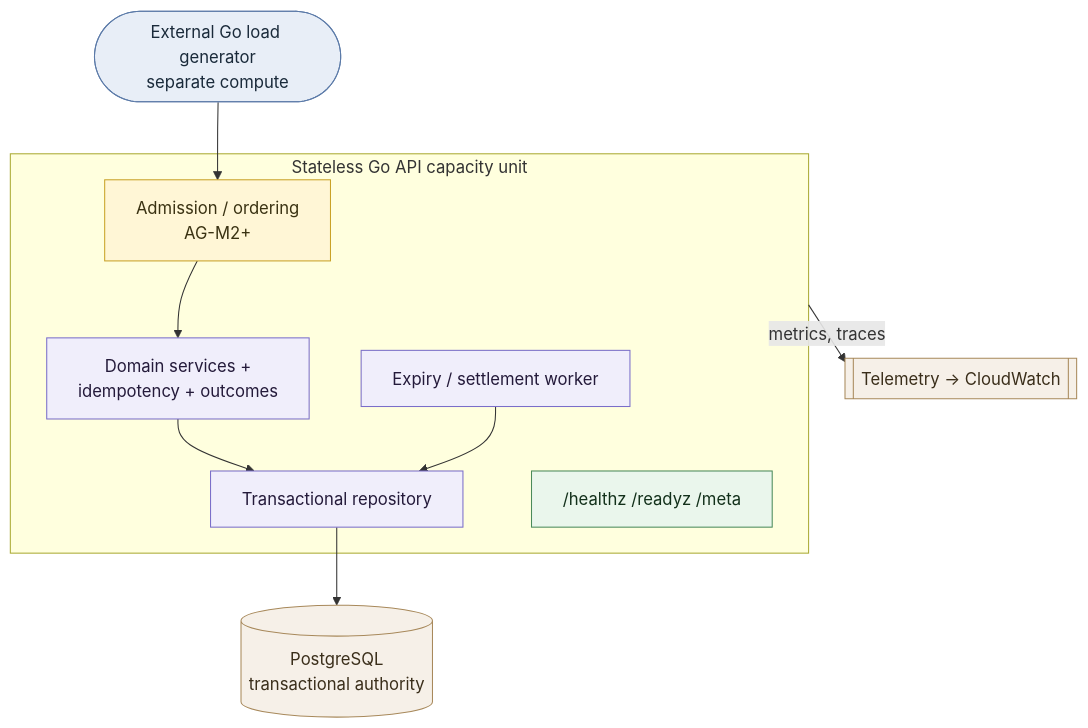
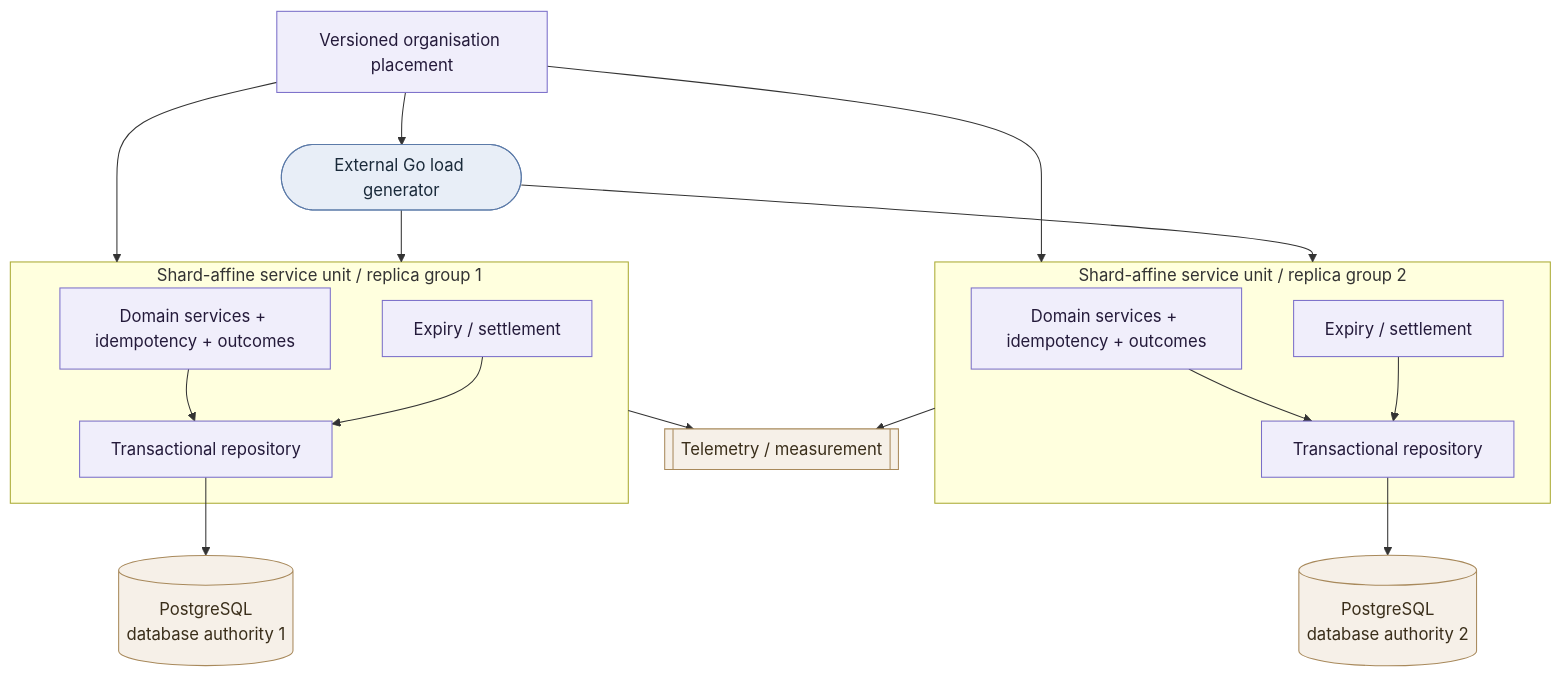
The diagram in docs/design/high-level-design.md (nancysworld/alloca-go), drawn with Mermaid before and after one commit. The commit also changed other lines of this file and 66 other files, not shown here.

````diff
--- a/docs/design/high-level-design.md
+++ b/docs/design/high-level-design.md
@@ -153,23 +183,37 @@
 ```mermaid
 flowchart TB
-    loadgen([External Go load generator<br/>separate compute]):::actor
-    subgraph node[Stateless Go API capacity unit]
-        adm[Admission / ordering<br/>AG-M2+]:::later
-        dom[Domain services +<br/>idempotency + outcomes]:::core
-        repo[Transactional repository]:::core
-        work[Expiry / settlement worker]:::core
-        ops["/healthz /readyz /meta"]:::done
+    loadgen([External Go load generator]):::actor
+    placement[Versioned organisation placement]:::core
+
+    subgraph unit1[Shard-affine service unit / replica group 1]
+        dom1[Domain services + idempotency + outcomes]:::core
+        repo1[Transactional repository]:::core
+        work1[Expiry / settlement]:::core
     end
-    pg[(PostgreSQL<br/>transactional authority)]:::ext
-    cw[["Telemetry → CloudWatch"]]:::ext
 
-    loadgen --> adm --> dom --> repo --> pg
-    work --> repo
-    node -->|metrics, traces| cw
+    subgraph unit2[Shard-affine service unit / replica group 2]
+        dom2[Domain services + idempotency + outcomes]:::core
+        repo2[Transactional repository]:::core
+        work2[Expiry / settlement]:::core
+    end
+
+    pg1[(PostgreSQL<br/>database authority 1)]:::ext
+    pg2[(PostgreSQL<br/>database authority 2)]:::ext
+    obs[[Telemetry / measurement]]:::ext
+
+    placement --> loadgen
+    placement --> unit1
+    placement --> unit2
+    loadgen --> unit1
+    loadgen --> unit2
+    dom1 --> repo1 --> pg1
+    work1 --> repo1
+    dom2 --> repo2 --> pg2
+    work2 --> repo2
+    unit1 --> obs
+    unit2 --> obs
 
     classDef actor fill:#e8eef7,stroke:#5b7aa8,color:#1a2a3a;
-    classDef done fill:#eaf6ec,stroke:#4a8a5a,color:#12301a;
     classDef core fill:#f0eefb,stroke:#7a6ec9,color:#241a3a;
-    classDef later fill:#fff6d6,stroke:#c9a227,color:#3a3212;
     classDef ext fill:#f6f0e8,stroke:#a8895b,color:#3a2e1a;
 ```
````
